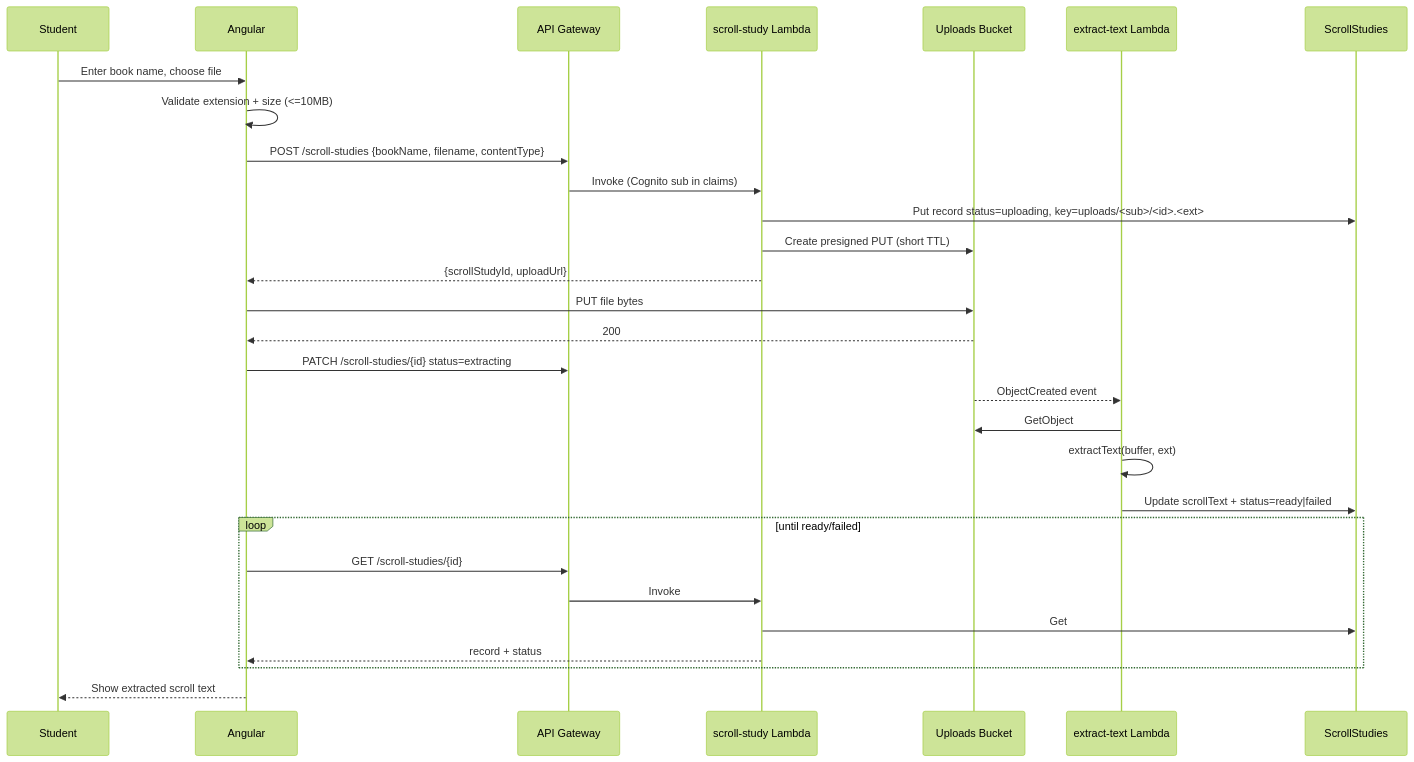
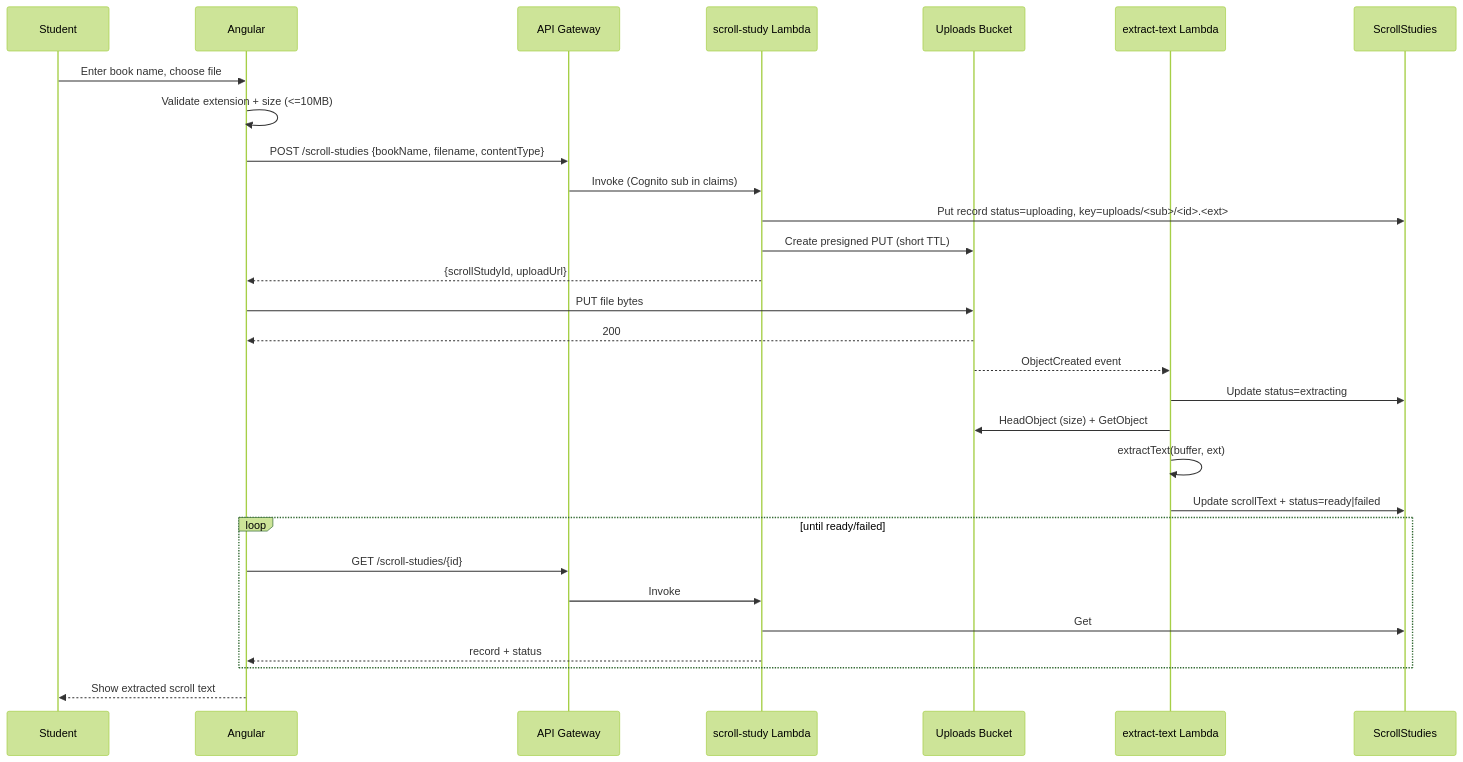
One commit to trsam1/sbs-assist changed the second of 2 diagrams in .kiro/specs/scroll-text-upload/design.md. Above: the diagram before and after it, drawn with Mermaid (forest theme). The commit also changed other lines of this file and 1 other file, not shown here.

Commit message:
docs: address design review for scroll-text-upload spec

````diff
--- a/.kiro/specs/scroll-text-upload/design.md
+++ b/.kiro/specs/scroll-text-upload/design.md
@@ -61,32 +63,32 @@
 ```mermaid
 sequenceDiagram
     participant U as Student
     participant FE as Angular
     participant API as API Gateway
     participant SFn as scroll-study Lambda
     participant S3 as Uploads Bucket
     participant XFn as extract-text Lambda
     participant DB as ScrollStudies
 
     U->>FE: Enter book name, choose file
     FE->>FE: Validate extension + size (<=10MB)
     FE->>API: POST /scroll-studies {bookName, filename, contentType}
     API->>SFn: Invoke (Cognito sub in claims)
     SFn->>DB: Put record status=uploading, key=uploads/<sub>/<id>.<ext>
     SFn->>S3: Create presigned PUT (short TTL)
     SFn-->>FE: {scrollStudyId, uploadUrl}
     FE->>S3: PUT file bytes
     S3-->>FE: 200
-    FE->>API: PATCH /scroll-studies/{id} status=extracting
     S3-->>XFn: ObjectCreated event
-    XFn->>S3: GetObject
+    XFn->>DB: Update status=extracting
+    XFn->>S3: HeadObject (size) + GetObject
     XFn->>XFn: extractText(buffer, ext)
     XFn->>DB: Update scrollText + status=ready|failed
     loop until ready/failed
         FE->>API: GET /scroll-studies/{id}
         API->>SFn: Invoke
         SFn->>DB: Get
         SFn-->>FE: record + status
     end
     FE-->>U: Show extracted scroll text
 ```
````
